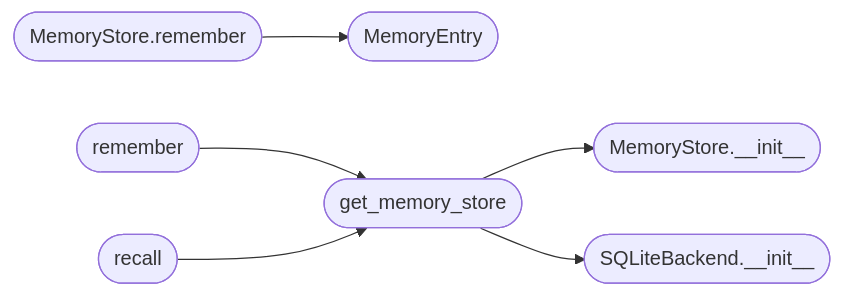
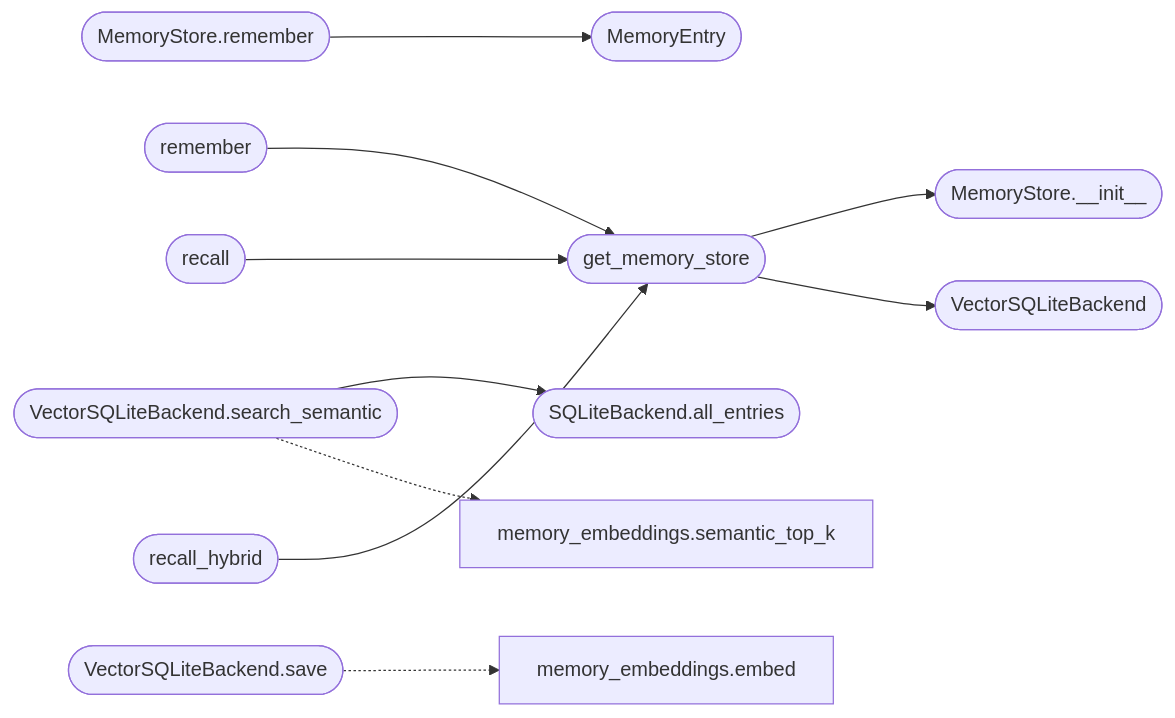
One commit to grisuno/LazyOwn changed the second of 2 diagrams in readmenator-apidocs/modules/modules.memory_store.py.md. Above: the diagram before and after it, drawn with Mermaid. The commit also changed other lines of this file and 422 other files, not shown here.

````diff
--- a/readmenator-apidocs/modules/modules.memory_store.py.md
+++ b/readmenator-apidocs/modules/modules.memory_store.py.md
@@ -63,15 +68,25 @@
 ```mermaid
 flowchart LR
     n_modules_memory_store_py__MemoryStore_remember(["MemoryStore.remember"])
     n_modules_memory_store_py__MemoryEntry(["MemoryEntry"])
+    n_modules_memory_store_py__VectorSQLiteBackend_search_semantic(["VectorSQLiteBackend.search_semantic"])
+    n_modules_memory_store_py__SQLiteBackend_all_entries(["SQLiteBackend.all_entries"])
     n_modules_memory_store_py__get_memory_store(["get_memory_store"])
     n_modules_memory_store_py__MemoryStore___init__(["MemoryStore.__init__"])
-    n_modules_memory_store_py__SQLiteBackend___init__(["SQLiteBackend.__init__"])
+    n_modules_memory_store_py__VectorSQLiteBackend(["VectorSQLiteBackend"])
     n_modules_memory_store_py__remember(["remember"])
     n_modules_memory_store_py__recall(["recall"])
+    n_modules_memory_store_py__recall_hybrid(["recall_hybrid"])
+    n_modules_memory_store_py__VectorSQLiteBackend_save(["VectorSQLiteBackend.save"])
+    n_modules_memory_embeddings_py__embed["memory_embeddings.embed"]
+    n_modules_memory_embeddings_py__semantic_top_k["memory_embeddings.semantic_top_k"]
     n_modules_memory_store_py__MemoryStore_remember --> n_modules_memory_store_py__MemoryEntry
+    n_modules_memory_store_py__VectorSQLiteBackend_search_semantic --> n_modules_memory_store_py__SQLiteBackend_all_entries
     n_modules_memory_store_py__get_memory_store --> n_modules_memory_store_py__MemoryStore___init__
-    n_modules_memory_store_py__get_memory_store --> n_modules_memory_store_py__SQLiteBackend___init__
+    n_modules_memory_store_py__get_memory_store --> n_modules_memory_store_py__VectorSQLiteBackend
     n_modules_memory_store_py__remember --> n_modules_memory_store_py__get_memory_store
     n_modules_memory_store_py__recall --> n_modules_memory_store_py__get_memory_store
+    n_modules_memory_store_py__recall_hybrid --> n_modules_memory_store_py__get_memory_store
+    n_modules_memory_store_py__VectorSQLiteBackend_save -.-> n_modules_memory_embeddings_py__embed
+    n_modules_memory_store_py__VectorSQLiteBackend_search_semantic -.-> n_modules_memory_embeddings_py__semantic_top_k
 ```
````
